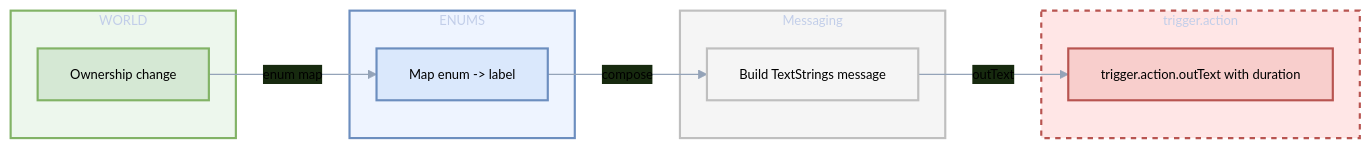
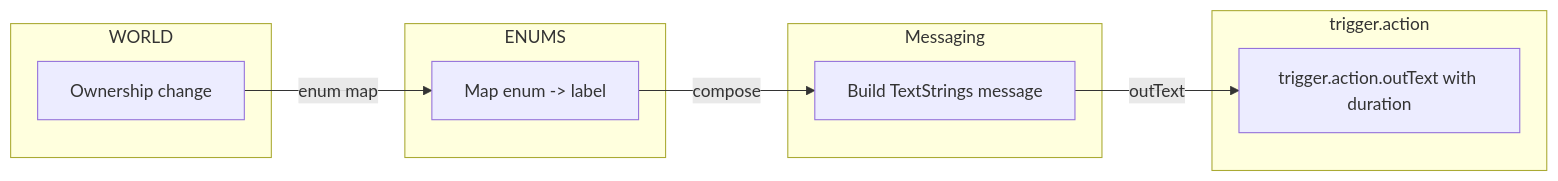
Before and after one commit to Gh0st352/AETHR: the first of 3 diagrams in docs/enums/coalition_and_text.md, drawn with Mermaid. The commit also changed other lines of this file and 7 other files, not shown here.

First line of the commit message:
docs(enums): normalize Mermaid labels and formatting

````diff
--- a/docs/enums/coalition_and_text.md
+++ b/docs/enums/coalition_and_text.md
@@ -32,44 +32,29 @@
 ```mermaid
-%%{init: {"theme":"base", "themeVariables":{"primaryColor":"#0f172a","primaryTextColor":"#000000ff","lineColor":"#94a3b8","fontSize":"12px"}}}%%
+%% shared theme: docs/_mermaid/theme.json %%
 flowchart LR
 
-%% Classes
-classDef world fill:#d5e8d4,stroke:#82b366,stroke-width:2px;
-classDef enums fill:#dae8fc,stroke:#6c8ebf,stroke-width:2px;
-classDef trigger fill:#f8cecc,stroke:#b85450,stroke-width:2px;
-classDef process fill:#f5f5f5,stroke:#bfbfbf,stroke-width:2px;
-
-%% Subgraphs
-subgraph sgWorld [WORLD]
+subgraph "WORLD" ["WORLD"]
   OWN[Ownership change]
 end
 
-subgraph sgEnums [ENUMS]
+subgraph "ENUMS" ["ENUMS"]
   MAP[Map enum -> label]
 end
 
-subgraph sgMsg [Messaging]
+subgraph "Messaging" ["Messaging"]
   TXT[Build TextStrings message]
 end
 
-subgraph sgTrigger [trigger.action]
+subgraph "trigger.action" ["trigger.action"]
   OUT[trigger.action.outText with duration]
 end
 
-%% Edges
 OWN -- "enum map" --> MAP
 MAP -- "compose" --> TXT
 TXT -- "outText" --> OUT
 
-%% Class applications
-class OWN world
-class MAP enums
-class TXT process
-class OUT trigger
-
-%% Styles for subgraphs
-style sgWorld fill:#edf7ed,stroke:#82b366,stroke-width:2px
-style sgEnums fill:#eef4ff,stroke:#6c8ebf,stroke-width:2px
-style sgMsg fill:#f5f5f5,stroke:#bfbfbf,stroke-width:2px
-style sgTrigger fill:#ffe6e6,stroke:#b85450,stroke-width:2px,stroke-dasharray: 5 5
+class OWN class_compute;
+class MAP class_data;
+class TXT class_step;
+class OUT class_io;
 ```
````
